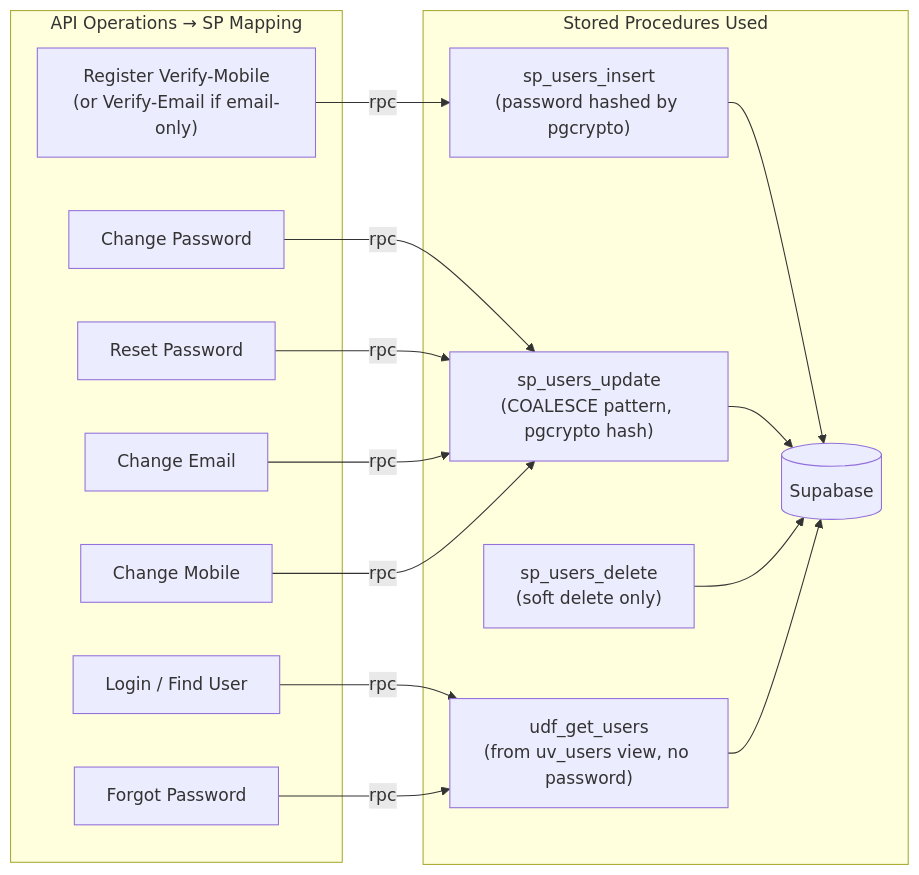
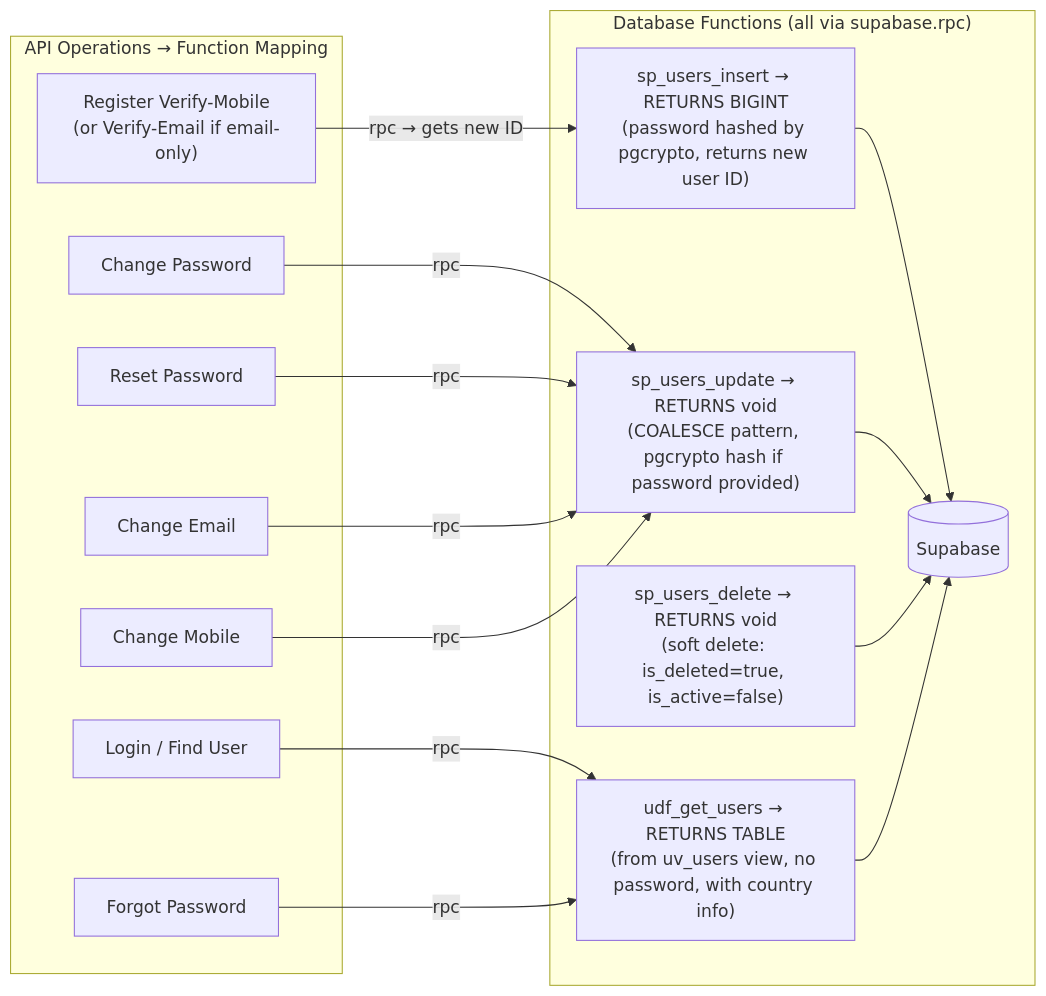
One commit to girishinindia/growupmore_api changed the fourth of 5 diagrams in docs/v1/auth-api-postman-guide.md. Above: the diagram before and after it, drawn with Mermaid. The commit also changed other lines of this file and 1 other file, not shown here.

First line of the commit message:
Refactor: SPs converted to functions, clean up repository layer

````diff
--- a/docs/v1/auth-api-postman-guide.md
+++ b/docs/v1/auth-api-postman-guide.md
@@ -1454,19 +1456,19 @@
 ```mermaid
 graph LR
-    subgraph "Stored Procedures Used"
-        A["sp_users_insert<br/>(password hashed by pgcrypto)"] --> DB[(Supabase)]
-        B["sp_users_update<br/>(COALESCE pattern, pgcrypto hash)"] --> DB
-        C["sp_users_delete<br/>(soft delete only)"] --> DB
-        D["udf_get_users<br/>(from uv_users view, no password)"] --> DB
+    subgraph "Database Functions (all via supabase.rpc)"
+        A["sp_users_insert → RETURNS BIGINT<br/>(password hashed by pgcrypto, returns new user ID)"] --> DB[(Supabase)]
+        B["sp_users_update → RETURNS void<br/>(COALESCE pattern, pgcrypto hash if password provided)"] --> DB
+        C["sp_users_delete → RETURNS void<br/>(soft delete: is_deleted=true, is_active=false)"] --> DB
+        D["udf_get_users → RETURNS TABLE<br/>(from uv_users view, no password, with country info)"] --> DB
     end
 
-    subgraph "API Operations → SP Mapping"
-        R1["Register Verify-Mobile<br/>(or Verify-Email if email-only)"] -->|rpc| A
+    subgraph "API Operations → Function Mapping"
+        R1["Register Verify-Mobile<br/>(or Verify-Email if email-only)"] -->|"rpc → gets new ID"| A
         R2[Change Password] -->|rpc| B
         R3[Reset Password] -->|rpc| B
         R4[Change Email] -->|rpc| B
         R5[Change Mobile] -->|rpc| B
         R6[Login / Find User] -->|rpc| D
         R7[Forgot Password] -->|rpc| D
     end
 ```
````
